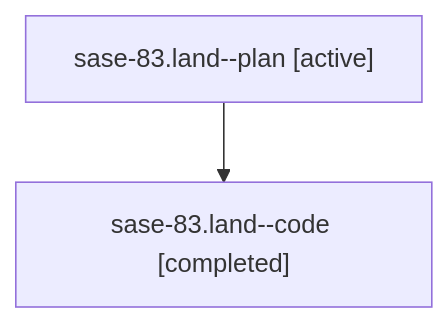
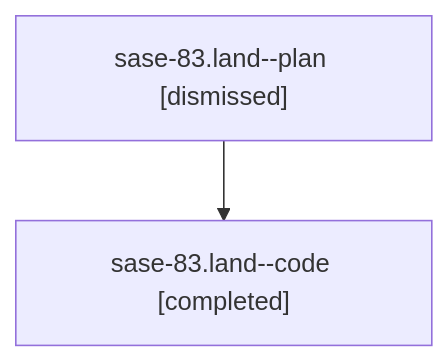
One commit to sase-org/sase--agents changed the diagram in sessions/bbugyi200.athena.sase-83.land.md. Above: the diagram before and after it, drawn with Mermaid. The commit also changed other lines of this file and 88 other files, not shown here.

````diff
--- a/sessions/bbugyi200.athena.sase-83.land.md
+++ b/sessions/bbugyi200.athena.sase-83.land.md
@@ -9,6 +9,6 @@
 ```mermaid
 flowchart TD
-  n0["sase-83.land--plan [active]"]
+  n0["sase-83.land--plan [dismissed]"]
   n1["sase-83.land--code [completed]"]
   n0 --> n1
 ```
````
